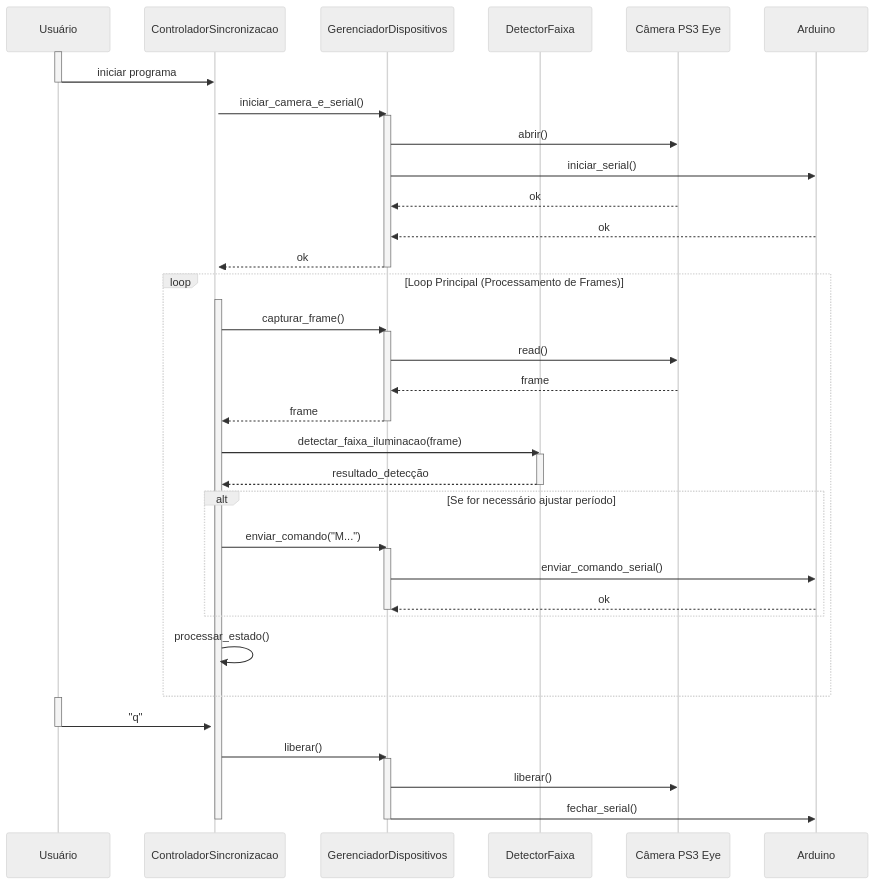
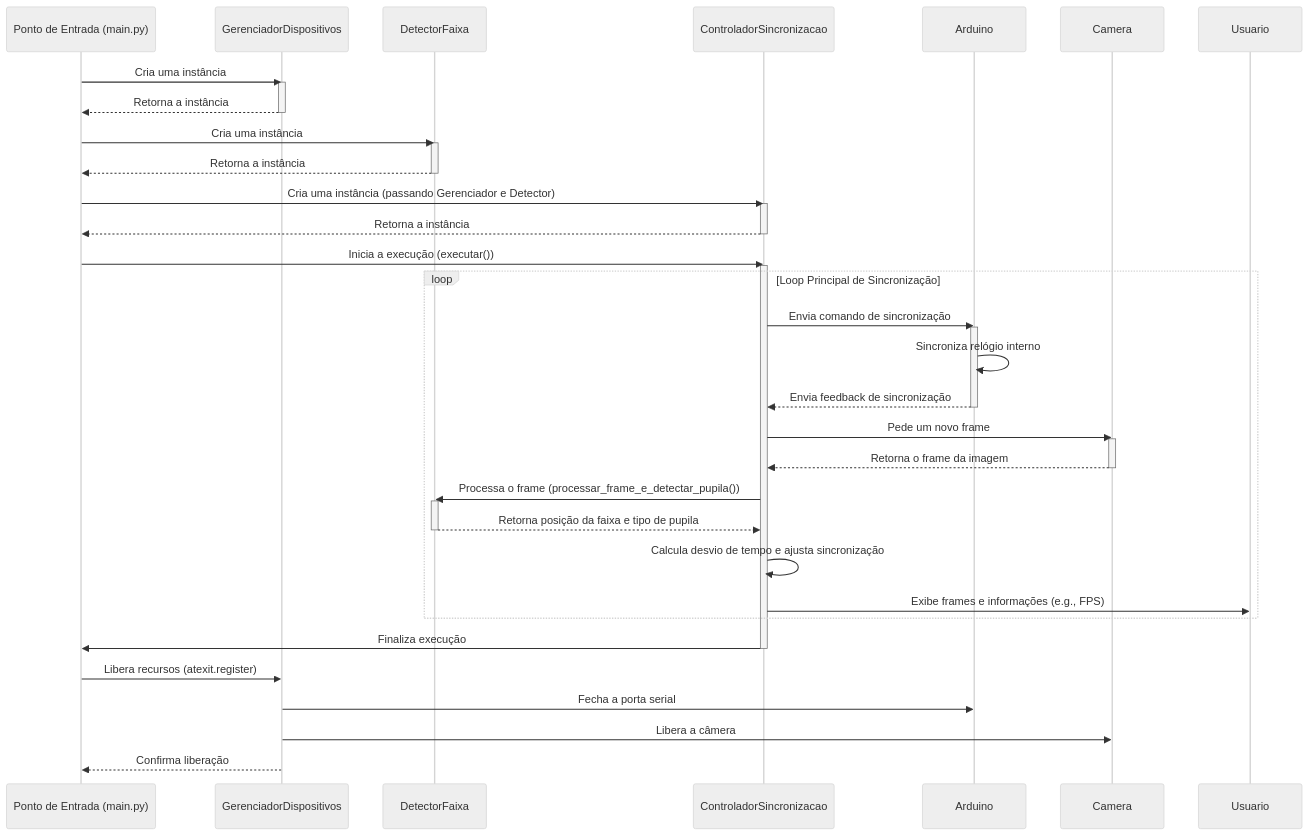
One commit to hard747/Segmentacao-da-Pupila changed the diagram in diagrama_secuencia.mmd. Above: the diagram before and after it, drawn with Mermaid (neutral theme). The commit also changed 15 other files, not shown here.

Commit message:
codigo_gpu_diagramas

```diff
--- a/diagrama_secuencia.mmd
+++ b/diagrama_secuencia.mmd
@@ -1,57 +1,56 @@
 sequenceDiagram
-    participant U as Usuário
-    participant CS as ControladorSincronizacao
-    participant GD as GerenciadorDispositivos
-    participant DF as DetectorFaixa
-    participant CP3E as Câmera PS3 Eye
-    participant A as Arduino
+    participant Main as Ponto de Entrada (main.py)
+    participant Gerenciador as GerenciadorDispositivos
+    participant Detector as DetectorFaixa
+    participant Controlador as ControladorSincronizacao
+    participant Arduino
+    participant Camera
+    participant Usuario
 
-    activate U
-    U->>CS: iniciar programa
-    deactivate U
+    Main->>Gerenciador: Cria uma instância
+    activate Gerenciador
+    Gerenciador-->>Main: Retorna a instância
+    deactivate Gerenciador
 
-    activate CS
-    CS->>GD: iniciar_camera_e_serial()
-    activate GD
-    GD->>CP3E: abrir()
-    GD->>A: iniciar_serial()
-    CP3E-->>GD: ok
-    A-->>GD: ok
-    GD-->>CS: ok
-    deactivate GD
+    Main->>Detector: Cria uma instância
+    activate Detector
+    Detector-->>Main: Retorna a instância
+    deactivate Detector
+
+    Main->>Controlador: Cria uma instância (passando Gerenciador e Detector)
+    activate Controlador
+    Controlador-->>Main: Retorna a instância
+    deactivate Controlador
+
+    Main->>Controlador: Inicia a execução (executar())
+    activate Controlador
     
-    loop Loop Principal (Processamento de Frames)
-        activate CS
-        CS->>GD: capturar_frame()
-        activate GD
-        GD->>CP3E: read()
-        CP3E-->>GD: frame
-        GD-->>CS: frame
-        deactivate GD
+    loop Loop Principal de Sincronização
+        Controlador->>Arduino: Envia comando de sincronização
+        activate Arduino
+        Arduino->>Arduino: Sincroniza relógio interno
+        Arduino-->>Controlador: Envia feedback de sincronização
+        deactivate Arduino
         
-        CS->>DF: detectar_faixa_iluminacao(frame)
-        activate DF
-        DF-->>CS: resultado_detecção
-        deactivate DF
+        Controlador->>Camera: Pede um novo frame
+        activate Camera
+        Camera-->>Controlador: Retorna o frame da imagem
+        deactivate Camera
         
-        alt Se for necessário ajustar período
-            CS->>GD: enviar_comando("M...")
-            activate GD
-            GD->>A: enviar_comando_serial()
-            A-->>GD: ok
-            deactivate GD
-        end
+        Controlador->>Detector: Processa o frame (processar_frame_e_detectar_pupila())
+        activate Detector
+        Detector-->>Controlador: Retorna posição da faixa e tipo de pupila
+        deactivate Detector
+
+        Controlador->>Controlador: Calcula desvio de tempo e ajusta sincronização
         
-        CS->>CS: processar_estado()
+        Controlador->>Usuario: Exibe frames e informações (e.g., FPS)
     end
-    
-    activate U
-    U->>CS: "q"
-    deactivate U
-    
-    CS->>GD: liberar()
-    activate GD
-    GD->>CP3E: liberar()
-    GD->>A: fechar_serial()
-    deactivate GD
-    deactivate CS
+
+    Controlador->>Main: Finaliza execução
+    deactivate Controlador
+
+    Main->>Gerenciador: Libera recursos (atexit.register)
+    Gerenciador->>Arduino: Fecha a porta serial
+    Gerenciador->>Camera: Libera a câmera
+    Gerenciador-->>Main: Confirma liberação
```
